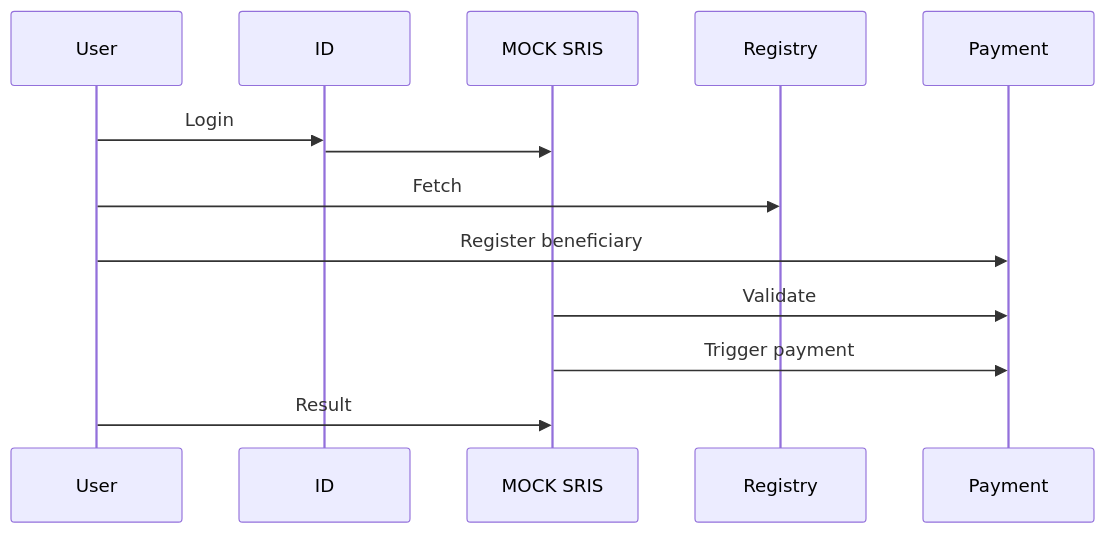
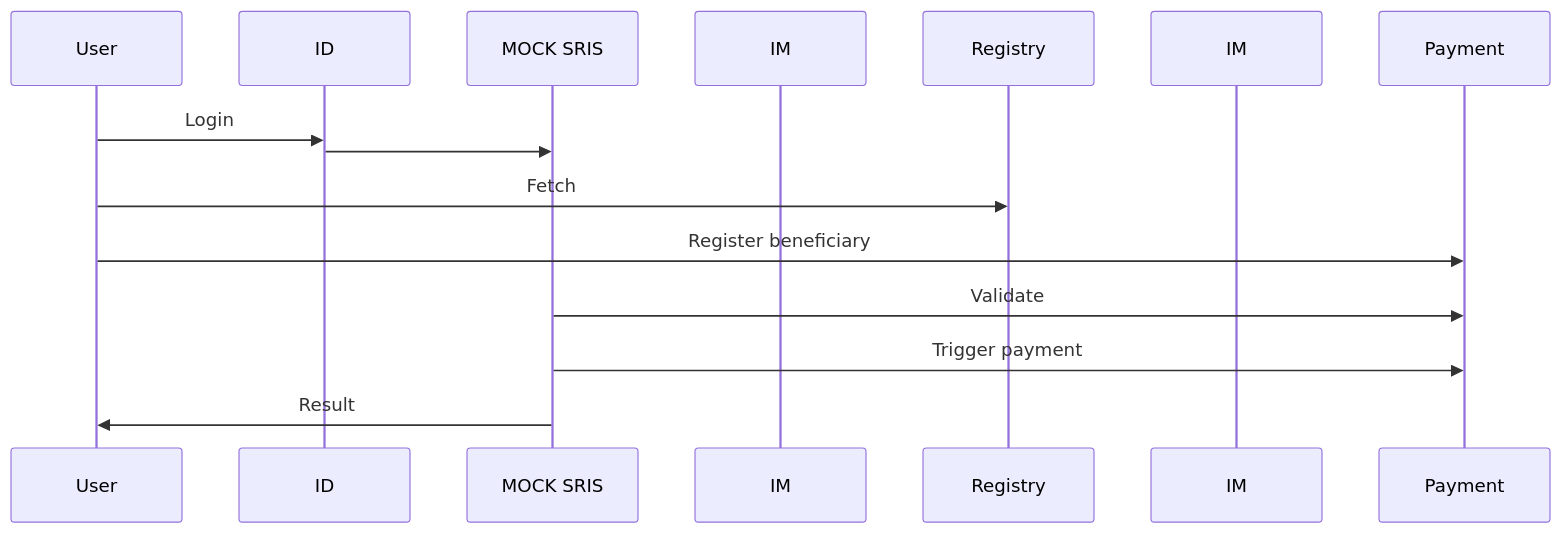
The diagram in spec/happy-flow.md (GovStackWorkingGroup/sandbox), drawn with Mermaid before and after one commit. The commit also changed other lines of this file, not shown here.

Commit message:
Update diagram

````diff
--- a/spec/happy-flow.md
+++ b/spec/happy-flow.md
@@ -92,12 +92,15 @@
 ```mermaid
 sequenceDiagram
 
+
 User ->> ID: Login
 ID ->> MOCK SRIS: 
-User ->> Registry: Fetch 
-User ->> Payment: Register beneficiary 
+participant im as IM
+User ->> Registry: Fetch
+participant im. as IM
+User ->> Payment: Register beneficiary
 MOCK SRIS ->> Payment: Validate
 MOCK SRIS ->> Payment: Trigger payment
-User ->> MOCK SRIS: Result
+MOCK SRIS ->> User: Result
 
 ```
````
